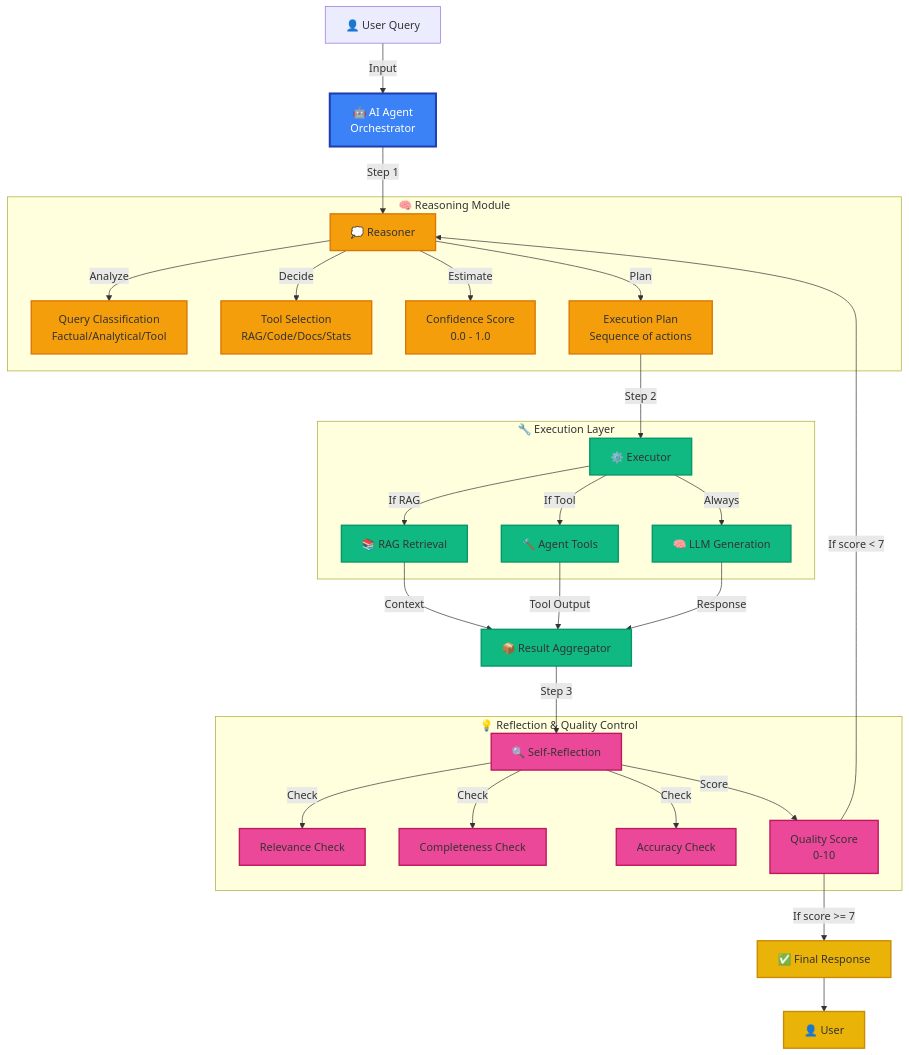
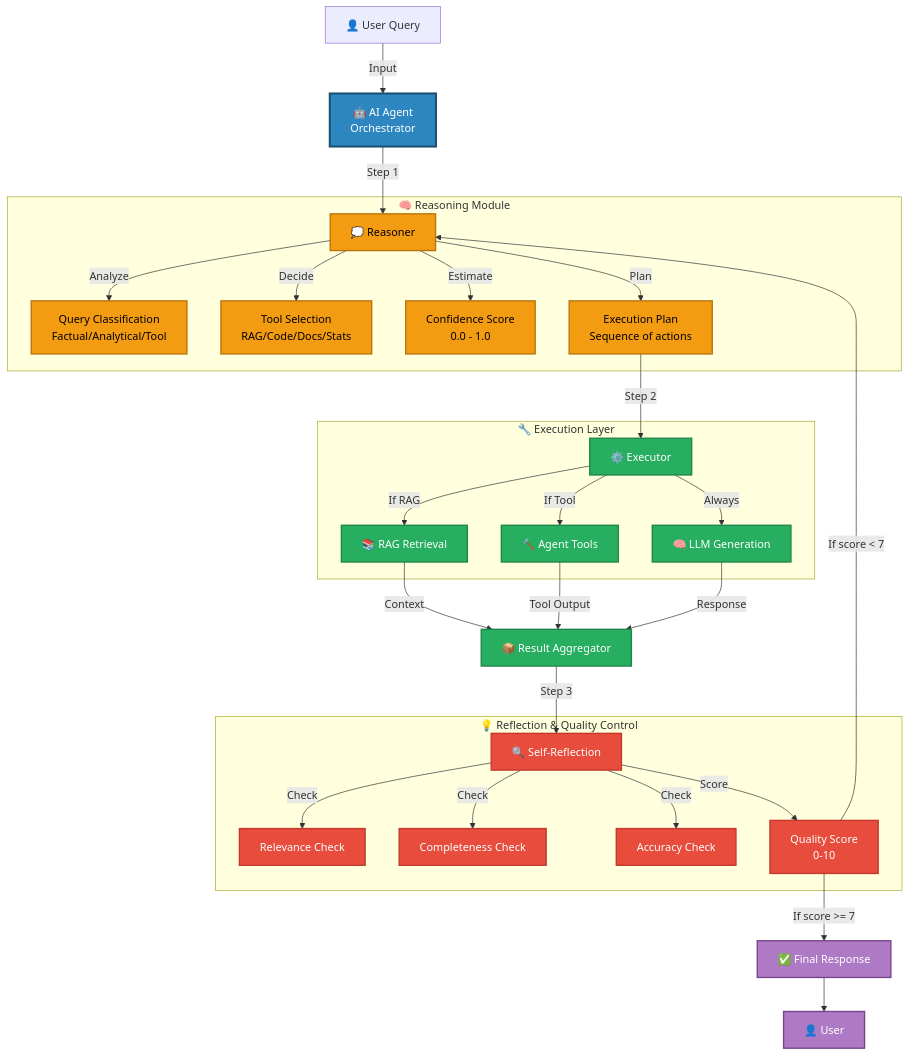
The third of 7 diagrams in ARCHITECTURE_COMPONENTS.md (shabbir-ciklum/rag-chatbot-module4-assignment), drawn with Mermaid before and after one commit. The commit also changed other lines of this file, not shown here.

Commit message:
update architecture diagram with theme friendly colors

````diff
--- a/ARCHITECTURE_COMPONENTS.md
+++ b/ARCHITECTURE_COMPONENTS.md
@@ -130,51 +130,51 @@
 ```mermaid
 graph TD
     UserQuery[👤 User Query] -->|Input| Agent[🤖 AI Agent<br/>Orchestrator]
 
     Agent -->|Step 1| Reasoner[💭 Reasoner]
 
     subgraph Reasoning["🧠 Reasoning Module"]
         Reasoner -->|Analyze| R1[Query Classification<br/>Factual/Analytical/Tool]
         Reasoner -->|Decide| R2[Tool Selection<br/>RAG/Code/Docs/Stats]
         Reasoner -->|Estimate| R3[Confidence Score<br/>0.0 - 1.0]
         Reasoner -->|Plan| R4[Execution Plan<br/>Sequence of actions]
     end
 
     R4 -->|Step 2| Executor[⚙️ Executor]
 
     subgraph Execution["🔧 Execution Layer"]
         Executor -->|If RAG| RAG[📚 RAG Retrieval]
         Executor -->|If Tool| Tools[🔨 Agent Tools]
         Executor -->|Always| LLM[🧠 LLM Generation]
     end
 
     RAG -->|Context| Aggregator[📦 Result Aggregator]
     Tools -->|Tool Output| Aggregator
     LLM -->|Response| Aggregator
 
     Aggregator -->|Step 3| Reflection[🔍 Self-Reflection]
 
     subgraph Reflection_Module["💡 Reflection & Quality Control"]
         Reflection -->|Check| Q1[Relevance Check]
         Reflection -->|Check| Q2[Completeness Check]
         Reflection -->|Check| Q3[Accuracy Check]
         Reflection -->|Score| Q4[Quality Score<br/>0-10]
     end
 
     Q4 -->|If score < 7| Reasoner
     Q4 -->|If score >= 7| FinalResponse[✅ Final Response]
 
     FinalResponse --> UserOutput[👤 User]
 
-    classDef agent fill:#3b82f6,stroke:#1e40af,stroke-width:3px,color:#fff
-    classDef reasoning fill:#f59e0b,stroke:#d97706,stroke-width:2px
-    classDef execution fill:#10b981,stroke:#059669,stroke-width:2px
-    classDef reflection fill:#ec4899,stroke:#be185d,stroke-width:2px
-    classDef output fill:#eab308,stroke:#ca8a04,stroke-width:2px
+    classDef agent fill:#2E86C1,stroke:#1B4F72,stroke-width:3px,color:#fff
+    classDef reasoning fill:#F39C12,stroke:#B8730D,stroke-width:2px,color:#000
+    classDef execution fill:#27AE60,stroke:#1E8449,stroke-width:2px,color:#fff
+    classDef reflection fill:#E74C3C,stroke:#C0392B,stroke-width:2px,color:#fff
+    classDef output fill:#AF7AC5,stroke:#76448A,stroke-width:2px,color:#fff
 
     class Agent agent
     class Reasoner,R1,R2,R3,R4 reasoning
     class Executor,RAG,Tools,LLM,Aggregator execution
     class Reflection,Q1,Q2,Q3,Q4 reflection
     class FinalResponse,UserOutput output
 ```
````
